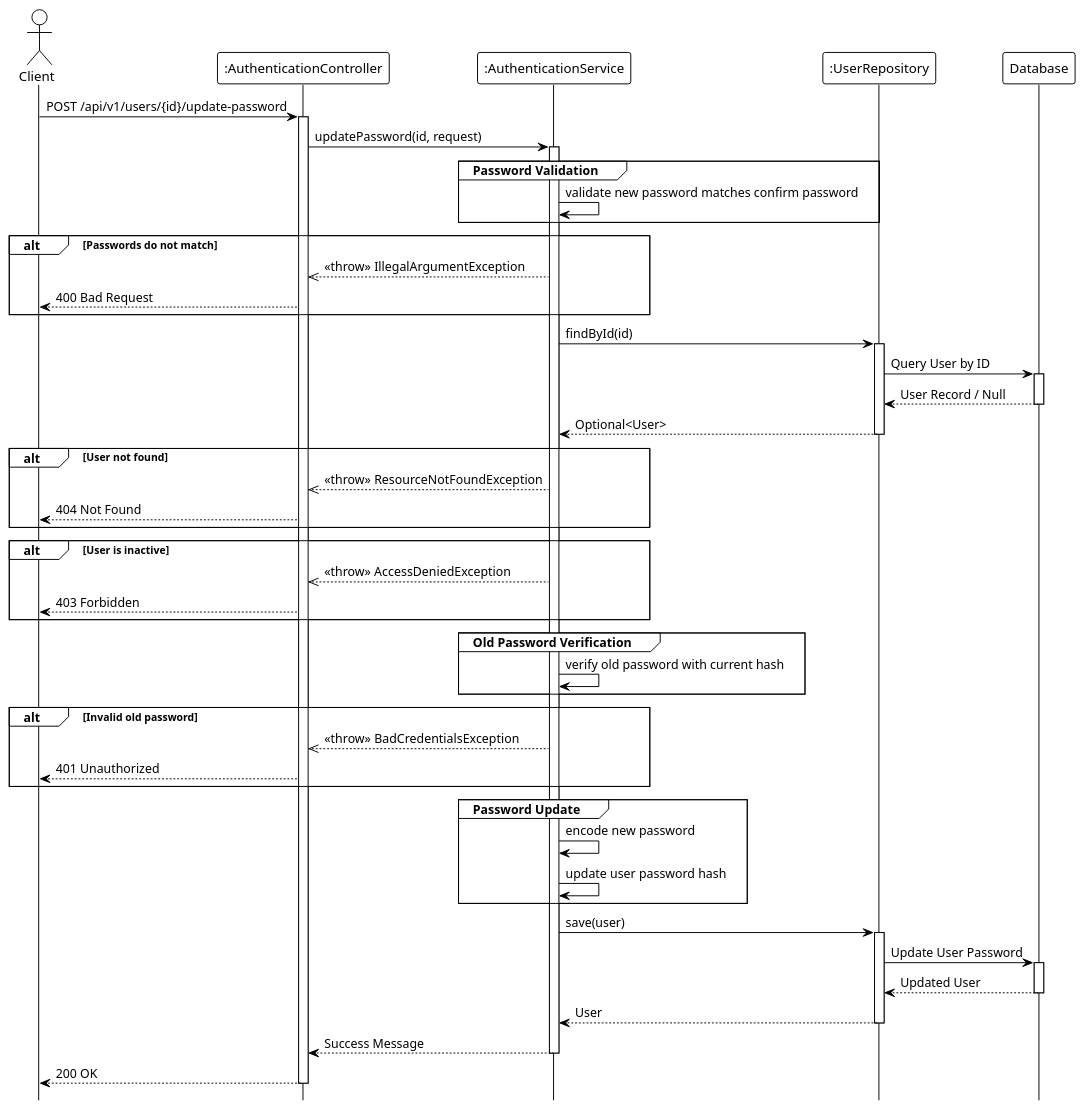
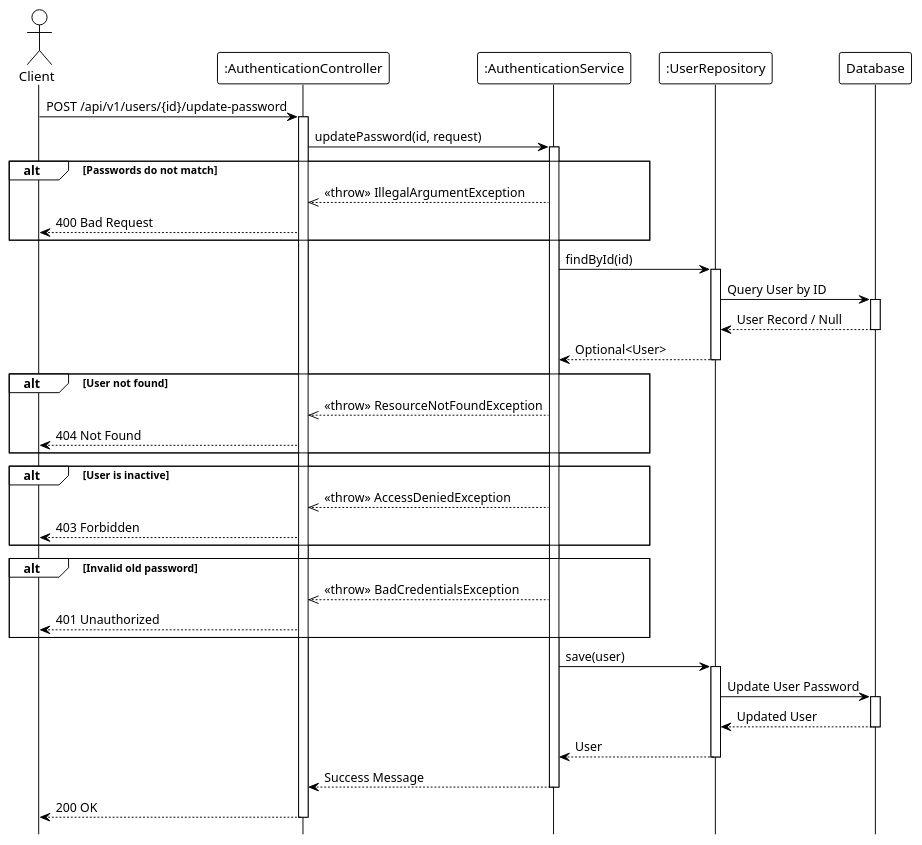
One commit to Ndh474/context changed the diagram in system_detailed_design/03_change_password/sequence_diagram_change_password.puml. Above: the diagram before and after it, drawn with PlantUML. The commit also changed 13 other files, not shown here.

```diff
--- a/system_detailed_design/03_change_password/sequence_diagram_change_password.puml
+++ b/system_detailed_design/03_change_password/sequence_diagram_change_password.puml
@@ -1,84 +1,75 @@
 @startuml change_password
 !theme plain
 hide footbox
 
 actor Client
 participant ":AuthenticationController" as Controller
 participant ":AuthenticationService" as Service
 participant ":UserRepository" as Repository
 participant "Database" as DB
 
 ' --- MAIN FLOW ---
 Client -> Controller: POST /api/v1/users/{id}/update-password
 activate Controller
 
 Controller -> Service: updatePassword(id, request)
 activate Service
 
 ' --- INPUT VALIDATION ---
-group Password Validation
-    Service -> Service: validate new password matches confirm password
-end
+' Password validation (internal)
 
 alt Passwords do not match
     Service -->> Controller: <<throw>> IllegalArgumentException
     Controller --> Client: 400 Bad Request
 end
 
 ' --- USER LOOKUP ---
 Service -> Repository: findById(id)
 activate Repository
 
 Repository -> DB: Query User by ID
 activate DB
 DB --> Repository: User Record / Null
 deactivate DB
 
 Repository --> Service: Optional<User>
 deactivate Repository
 
 ' --- VALIDATION LOGIC ---
 alt User not found
     Service -->> Controller: <<throw>> ResourceNotFoundException
     Controller --> Client: 404 Not Found
 end
 
 alt User is inactive
     Service -->> Controller: <<throw>> AccessDeniedException
     Controller --> Client: 403 Forbidden
 end
 
 ' --- OLD PASSWORD VERIFICATION ---
-group Old Password Verification
-    Service -> Service: verify old password with current hash
-end
+' Password verification (internal)
 
 alt Invalid old password
     Service -->> Controller: <<throw>> BadCredentialsException
     Controller --> Client: 401 Unauthorized
 end
 
 ' --- PASSWORD UPDATE ---
-group Password Update
-    Service -> Service: encode new password
-    Service -> Service: update user password hash
-end
-
 Service -> Repository: save(user)
 activate Repository
 
 Repository -> DB: Update User Password
 activate DB
 DB --> Repository: Updated User
 deactivate DB
 
 Repository --> Service: User
 deactivate Repository
 
 Service --> Controller: Success Message
 deactivate Service
 
 Controller --> Client: 200 OK
 deactivate Controller
 
 @enduml
```
